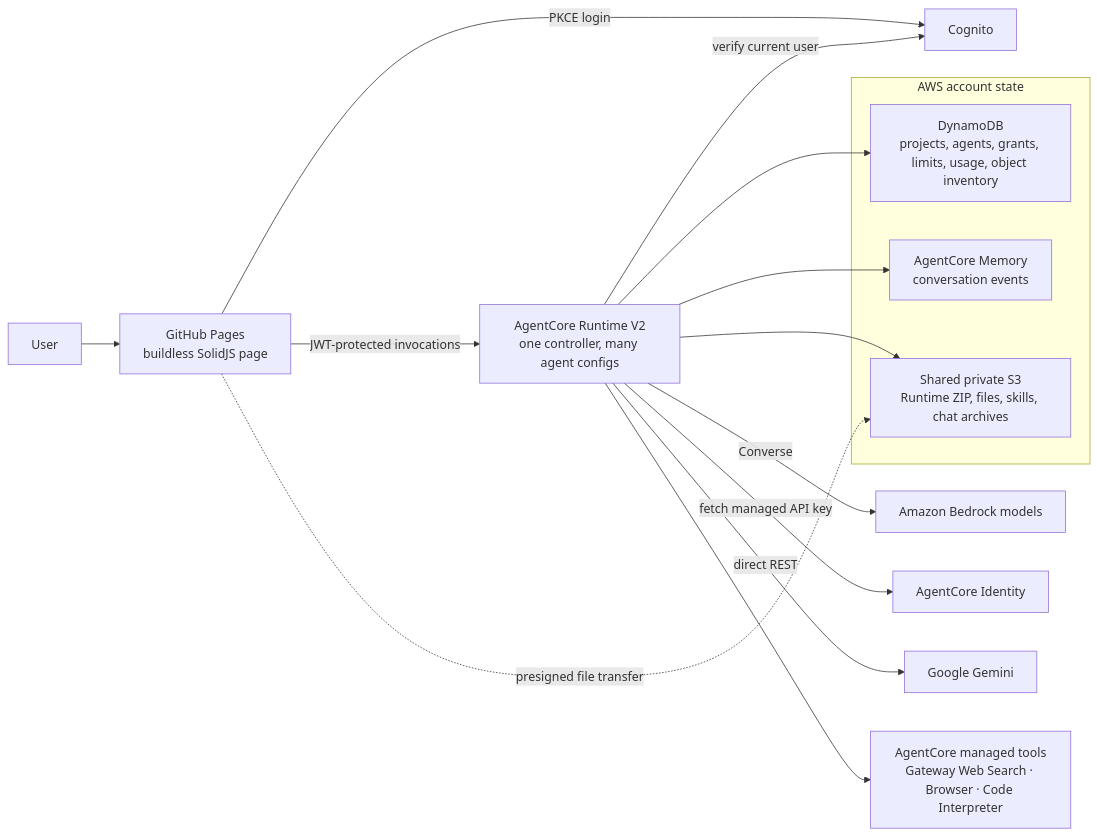
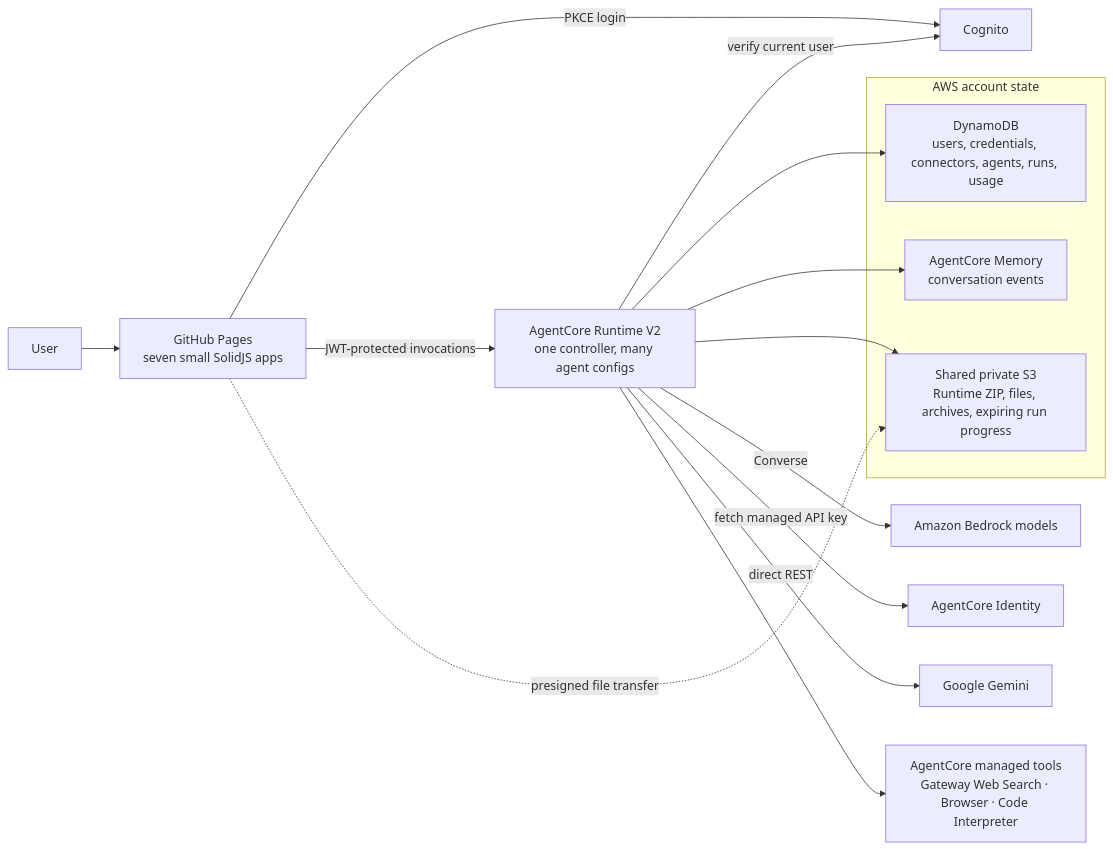
One commit to park-brian/chat changed the diagram in agentcore/docs/README.md. Above: the diagram before and after it, drawn with Mermaid. The commit also changed other lines of this file and 62 other files, not shown here.

Commit message:
feat(agentcore): ship independent pages and durable background runs

````diff
--- a/agentcore/docs/README.md
+++ b/agentcore/docs/README.md
@@ -9,22 +9,22 @@
 ```mermaid
 flowchart LR
-    user["User"] --> page["GitHub Pages<br/>buildless SolidJS page"]
+    user["User"] --> page["GitHub Pages<br/>seven small SolidJS apps"]
     page -->|"PKCE login"| cognito["Cognito"]
     page -->|"JWT-protected invocations"| runtime["AgentCore Runtime V2<br/>one controller, many agent configs"]
     runtime -->|"verify current user"| cognito
 
     subgraph state["AWS account state"]
-        dynamo["DynamoDB<br/>projects, agents, grants, limits, usage, object inventory"]
+        dynamo["DynamoDB<br/>users, credentials, connectors, agents, runs, usage"]
         memory["AgentCore Memory<br/>conversation events"]
-        s3["Shared private S3<br/>Runtime ZIP, files, skills, chat archives"]
+        s3["Shared private S3<br/>Runtime ZIP, files, archives, expiring run progress"]
     end
     runtime --> dynamo
     runtime --> memory
     runtime --> s3
     page -.->|"presigned file transfer"| s3
 
     runtime -->|"Converse"| bedrock["Amazon Bedrock models"]
     runtime -->|"fetch managed API key"| identity["AgentCore Identity"]
     runtime -->|"direct REST"| gemini["Google Gemini"]
     runtime --> tools["AgentCore managed tools<br/>Gateway Web Search · Browser · Code Interpreter"]
 ```
````
